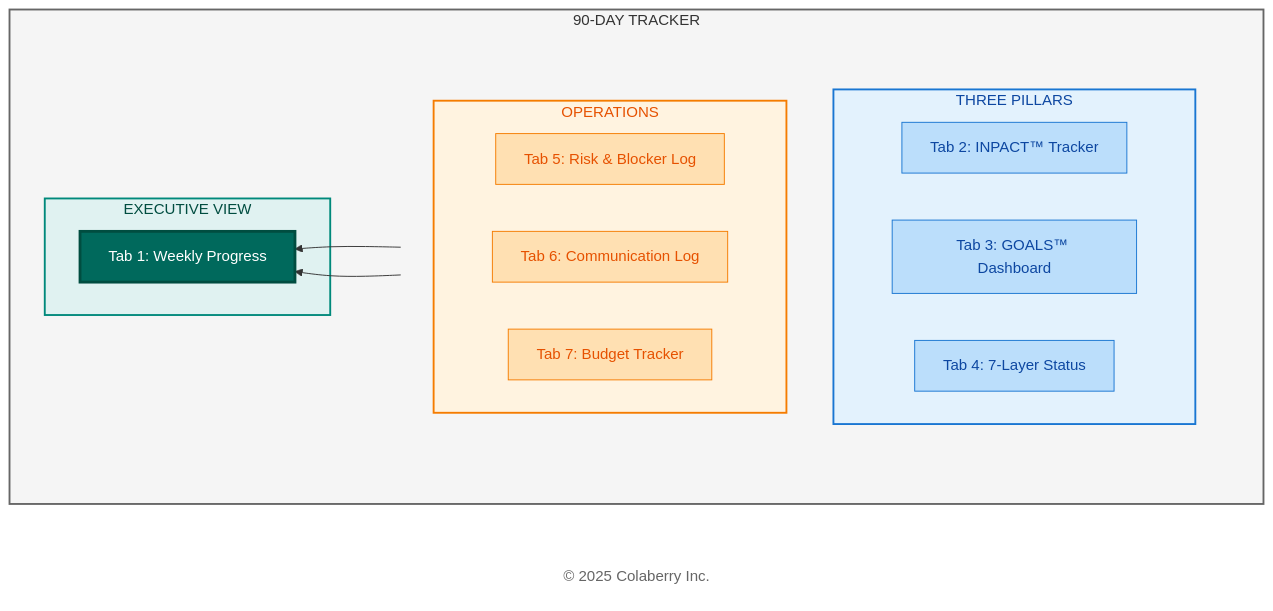
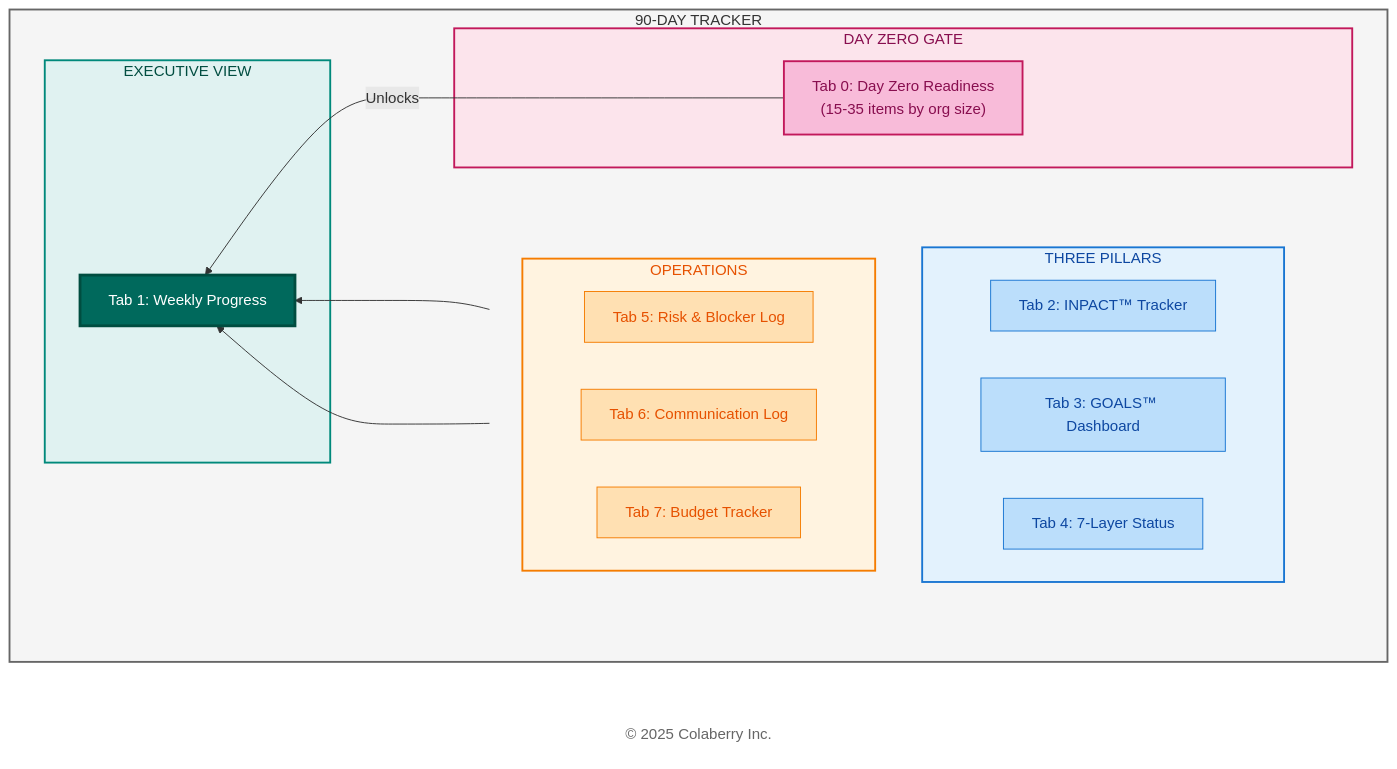
One commit to saitejesh-cyber/trust-before-intelligence-book changed the seventh of 7 diagrams in manuscript/11_chapter_10_week_by_week_implementation.md. Above: the diagram before and after it, drawn with Mermaid. The commit also changed other lines of this file and 8 other files, not shown here.

````diff
--- a/manuscript/11_chapter_10_week_by_week_implementation.md
+++ b/manuscript/11_chapter_10_week_by_week_implementation.md
@@ -710,47 +710,54 @@
 ```mermaid
 
 graph RL
     subgraph TRACKER["90-DAY TRACKER"]
         direction RL
+        subgraph GATE["DAY ZERO GATE"]
+            T0["Tab 0: Day Zero Readiness<br/>(15-35 items by org size)"]
+        end
+
         subgraph EXECUTIVE["EXECUTIVE VIEW"]
             T1["Tab 1: Weekly Progress"]
         end
-        
+
         subgraph FEEDS[" "]
             direction TB
             subgraph PILLARS["THREE PILLARS"]
                 direction RL
                 T2["Tab 2: INPACT™ Tracker"]
                 T3["Tab 3: GOALS™ Dashboard"]
                 T4["Tab 4: 7-Layer Status"]
             end
-            
+
             subgraph OPS["OPERATIONS"]
                 direction RL
                 T5["Tab 5: Risk & Blocker Log"]
                 T6["Tab 6: Communication Log"]
                 T7["Tab 7: Budget Tracker"]
             end
         end
     end
-    
+
     Copyright["© 2025 Colaberry Inc."]
-    
+
+    T0 -->|"Unlocks"| T1
     PILLARS --> T1
     OPS --> T1
 
     style TRACKER fill:#f5f5f5,stroke:#666666,stroke-width:2px,color:#333333
+    style GATE fill:#fce4ec,stroke:#c2185b,stroke-width:2px,color:#880e4f
     style EXECUTIVE fill:#e0f2f1,stroke:#00897b,stroke-width:2px,color:#004d40
     style FEEDS fill:none,stroke:none
     style PILLARS fill:#e3f2fd,stroke:#1976d2,stroke-width:2px,color:#0d47a1
     style OPS fill:#fff3e0,stroke:#f57c00,stroke-width:2px,color:#e65100
+    style T0 fill:#f8bbd9,stroke:#c2185b,color:#880e4f,stroke-width:2px
     style T1 fill:#00695c,color:#ffffff,stroke:#004d40,stroke-width:3px
     style T2 fill:#bbdefb,stroke:#1976d2,color:#0d47a1
     style T3 fill:#bbdefb,stroke:#1976d2,color:#0d47a1
     style T4 fill:#bbdefb,stroke:#1976d2,color:#0d47a1
     style T5 fill:#ffe0b2,stroke:#f57c00,color:#e65100
     style T6 fill:#ffe0b2,stroke:#f57c00,color:#e65100
     style T7 fill:#ffe0b2,stroke:#f57c00,color:#e65100
     style Copyright fill:#ffffff,stroke:none,color:#666666
 
 ```
````
